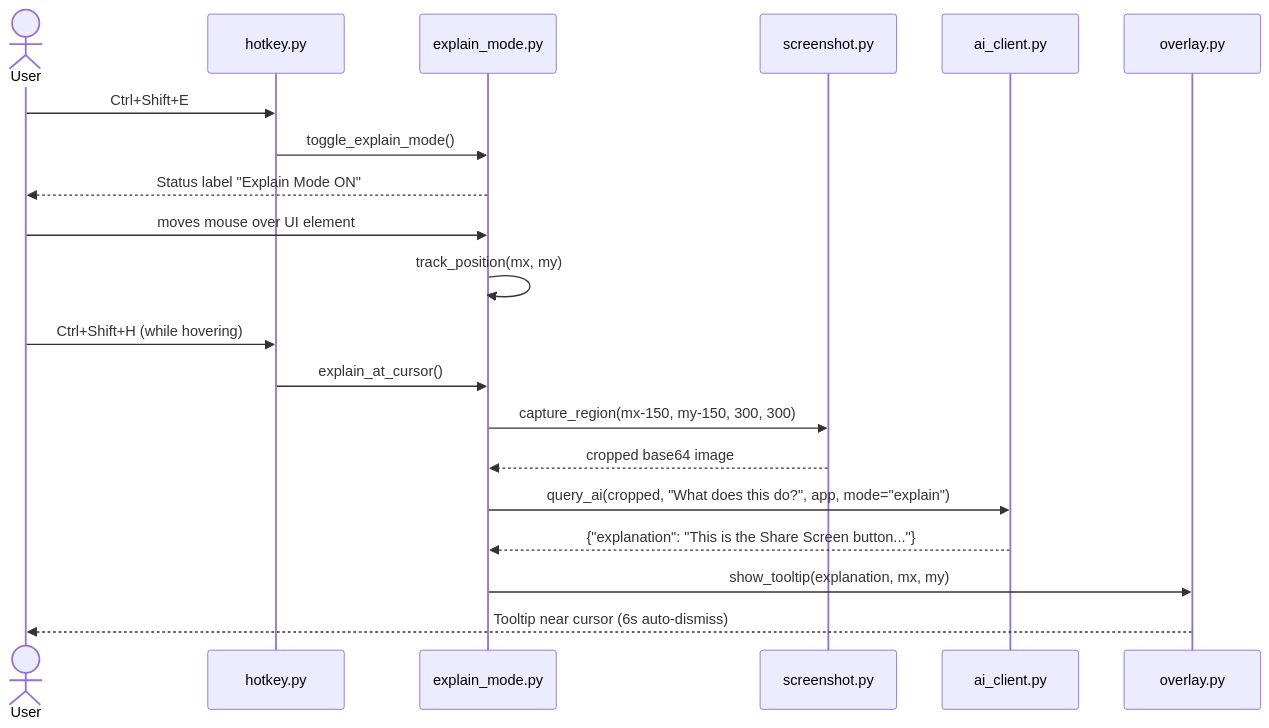
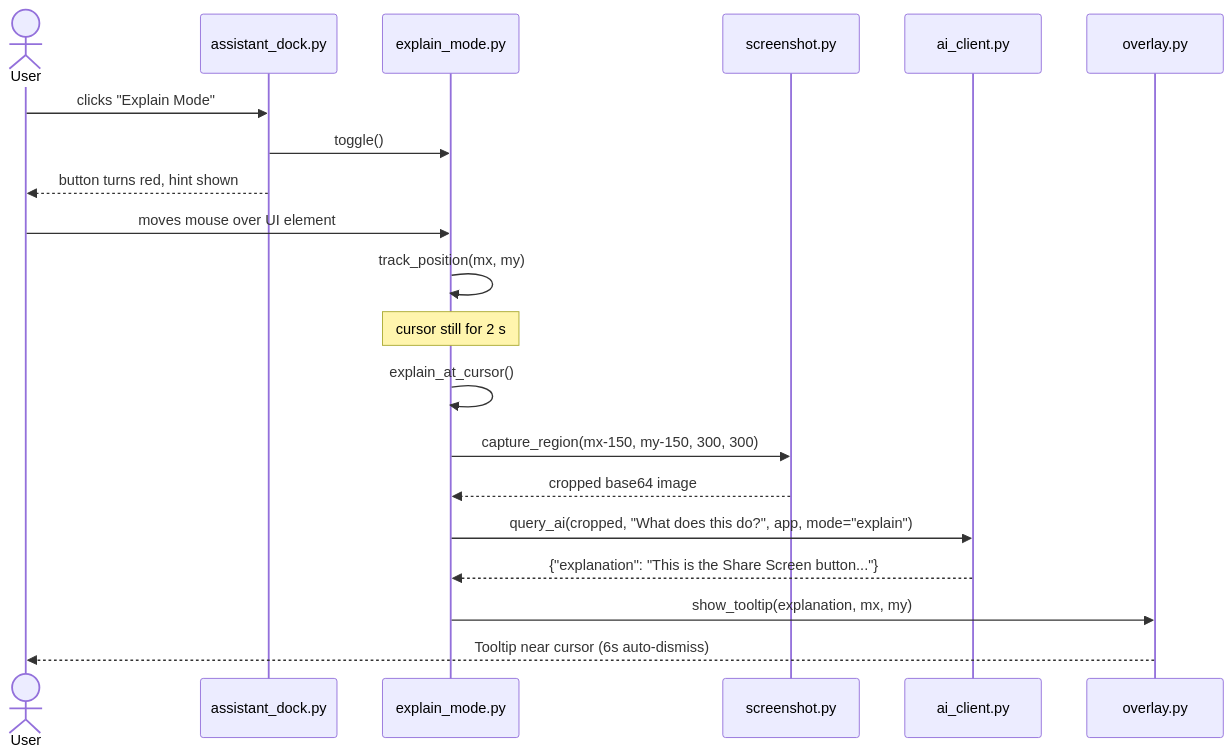
One commit to anjkaimal/NavMate changed the fourth of 7 diagrams in DIAGRAMS.md. Above: the diagram before and after it, drawn with Mermaid. The commit also changed other lines of this file and 11 other files, not shown here.

````diff
--- a/DIAGRAMS.md
+++ b/DIAGRAMS.md
@@ -135,25 +136,25 @@
 ```mermaid
 sequenceDiagram
     actor User
-    participant HK as hotkey.py
+    participant DK as assistant_dock.py
     participant EM as explain_mode.py
     participant SS as screenshot.py
     participant AI as ai_client.py
     participant OV as overlay.py
 
-    User->>HK: Ctrl+Shift+E
-    HK->>EM: toggle_explain_mode()
-    EM-->>User: Status label "Explain Mode ON"
+    User->>DK: clicks "Explain Mode"
+    DK->>EM: toggle()
+    DK-->>User: button turns red, hint shown
 
     User->>EM: moves mouse over UI element
     EM->>EM: track_position(mx, my)
 
-    User->>HK: Ctrl+Shift+H (while hovering)
-    HK->>EM: explain_at_cursor()
+    Note over EM: cursor still for 2 s
+    EM->>EM: explain_at_cursor()
     EM->>SS: capture_region(mx-150, my-150, 300, 300)
     SS-->>EM: cropped base64 image
     EM->>AI: query_ai(cropped, "What does this do?", app, mode="explain")
     AI-->>EM: {"explanation": "This is the Share Screen button..."}
     EM->>OV: show_tooltip(explanation, mx, my)
     OV-->>User: Tooltip near cursor (6s auto-dismiss)
 ```
````
